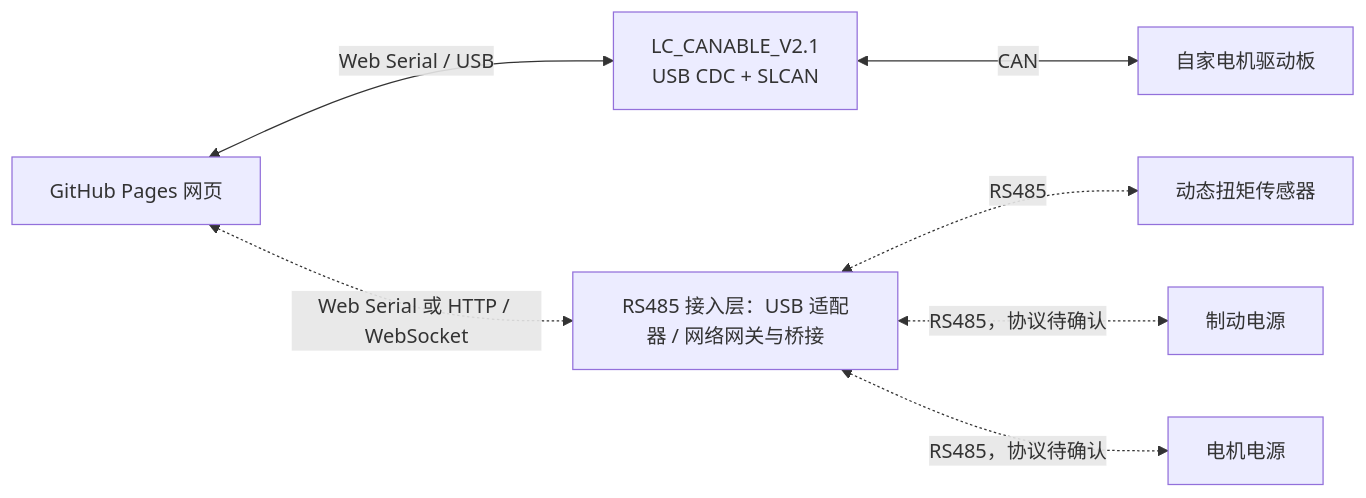
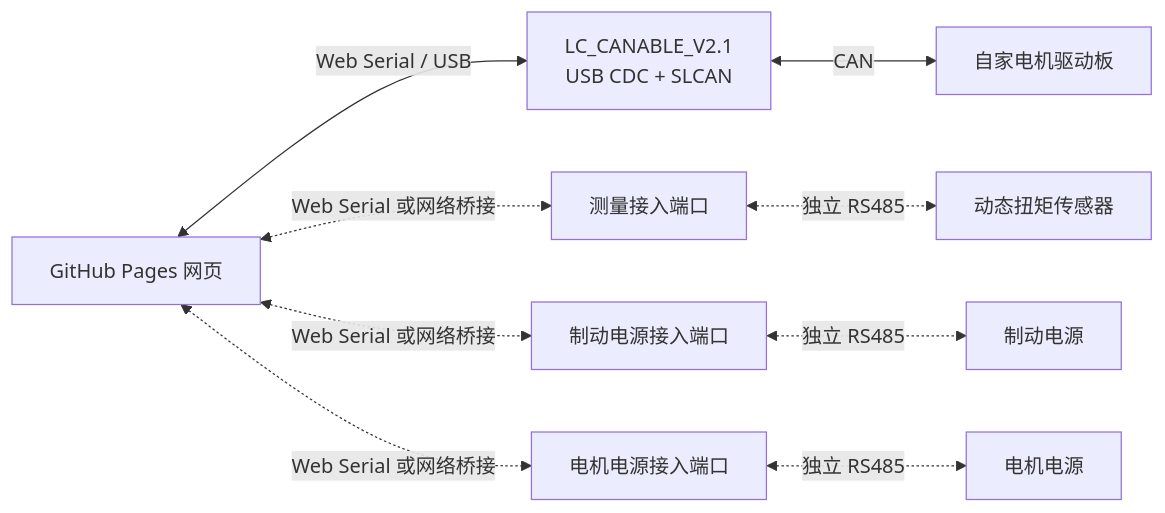
The second of 2 diagrams in docs/test-bench.md (Inntorque/motor-test-bench), drawn with Mermaid before and after one commit. The commit also changed other lines of this file and 4 other files, not shown here.

````diff
--- a/docs/test-bench.md
+++ b/docs/test-bench.md
@@ -45,9 +45,11 @@
 ```mermaid
 flowchart LR
     W[GitHub Pages 网页] <-->|Web Serial / USB| C["LC_CANABLE_V2.1<br/>USB CDC + SLCAN"]
     C <-->|CAN| D[自家电机驱动板]
-    W <-.->|Web Serial 或 HTTP / WebSocket| R[RS485 接入层：USB 适配器 / 网络网关与桥接]
-    R <-.->|RS485| S[动态扭矩传感器]
-    R <-.->|RS485，协议待确认| P[制动电源]
-    R <-.->|RS485，协议待确认| MP[电机电源]
+    W <-.->|Web Serial 或网络桥接| R1[测量接入端口]
+    R1 <-.->|独立 RS485| S[动态扭矩传感器]
+    W <-.->|Web Serial 或网络桥接| R2[制动电源接入端口]
+    R2 <-.->|独立 RS485| P[制动电源]
+    W <-.->|Web Serial 或网络桥接| R3[电机电源接入端口]
+    R3 <-.->|独立 RS485| MP[电机电源]
 ```
````
